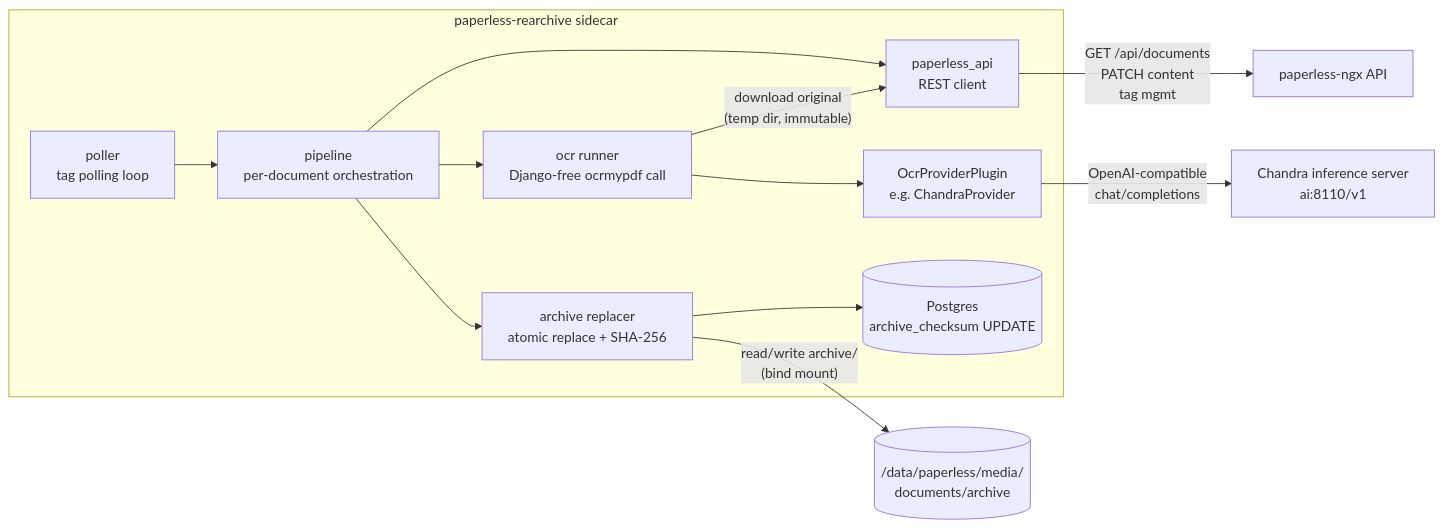
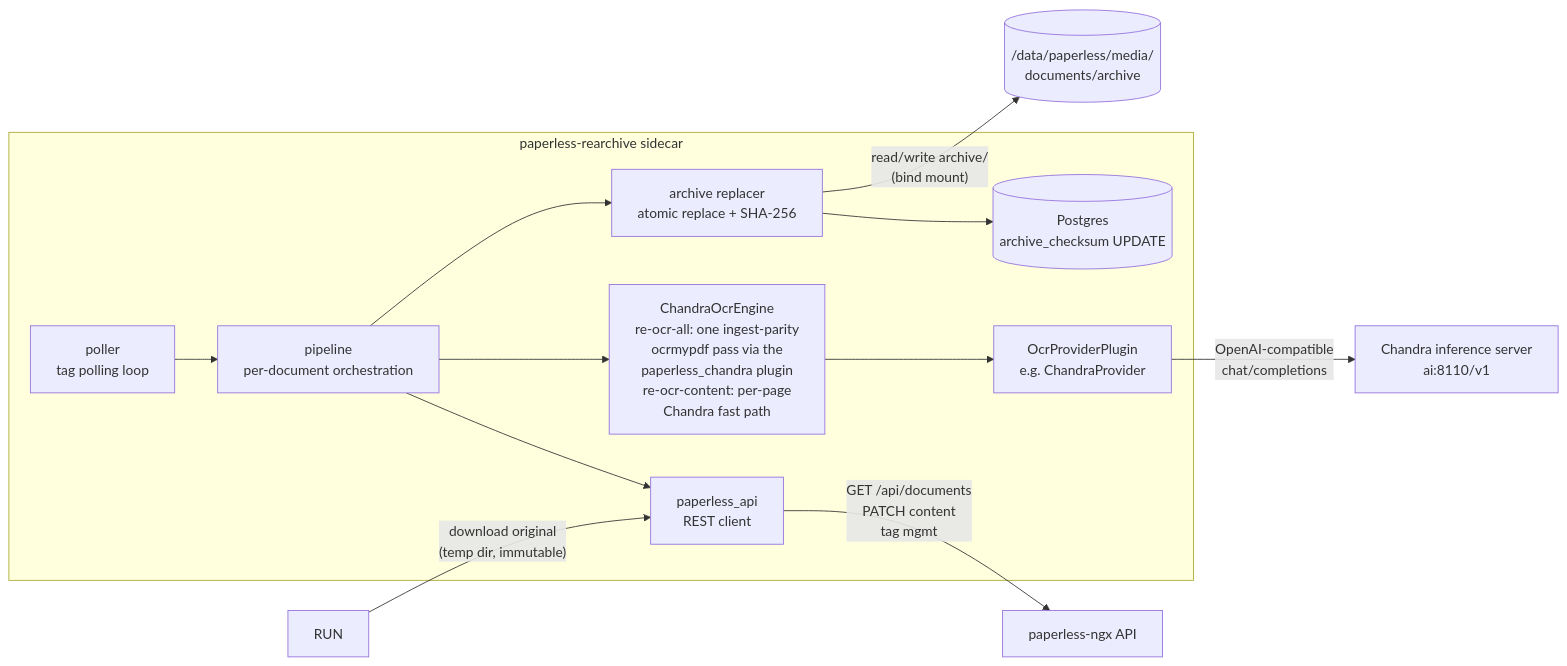
One commit to strichte/paperless-rearchive changed the first of 2 diagrams in README.md. Above: the diagram before and after it, drawn with Mermaid. The commit also changed other lines of this file and 7 other files, not shown here.

First line of the commit message:
P4: cleanup + docs - harness-only runner, REARCHIVE_OCR_DPI knob, poller lost-wakeup fix

````diff
--- a/README.md
+++ b/README.md
@@ -18,15 +18,15 @@
 ```mermaid
 flowchart LR
     subgraph sidecar["paperless-rearchive sidecar"]
         P[poller<br/>tag polling loop] --> PIPE[pipeline<br/>per-document orchestration]
         PIPE --> API[paperless_api<br/>REST client]
-        PIPE --> RUN[ocr runner<br/>Django-free ocrmypdf call]
-        RUN --> PROV[OcrProviderPlugin<br/>e.g. ChandraProvider]
+        PIPE --> ENG[ChandraOcrEngine<br/>re-ocr-all: one ingest-parity<br/>ocrmypdf pass via the<br/>paperless_chandra plugin<br/>re-ocr-content: per-page<br/>Chandra fast path]
+        ENG --> PROV[OcrProviderPlugin<br/>e.g. ChandraProvider]
         PIPE --> REP[archive replacer<br/>atomic replace + SHA-256]
         REP --> DB[(Postgres<br/>archive_checksum UPDATE)]
     end
     API -- "GET /api/documents<br/>PATCH content<br/>tag mgmt" --> PLX[paperless-ngx API]
     PROV -- "OpenAI-compatible<br/>chat/completions" --> LLM["Chandra inference server<br/>ai:8110/v1"]
     REP -- "read/write archive/<br/>(bind mount)" --> MED[("/data/paperless/media/<br/>documents/archive")]
     RUN -- "download original<br/>(temp dir, immutable)" --> API
 ```
````
